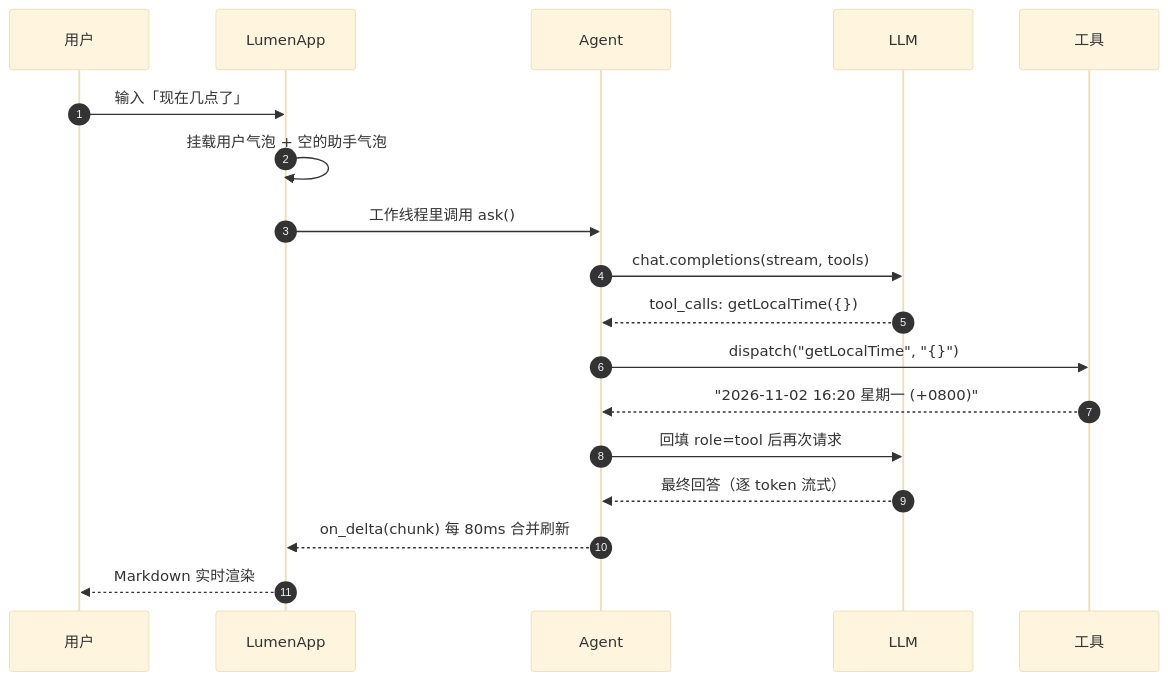
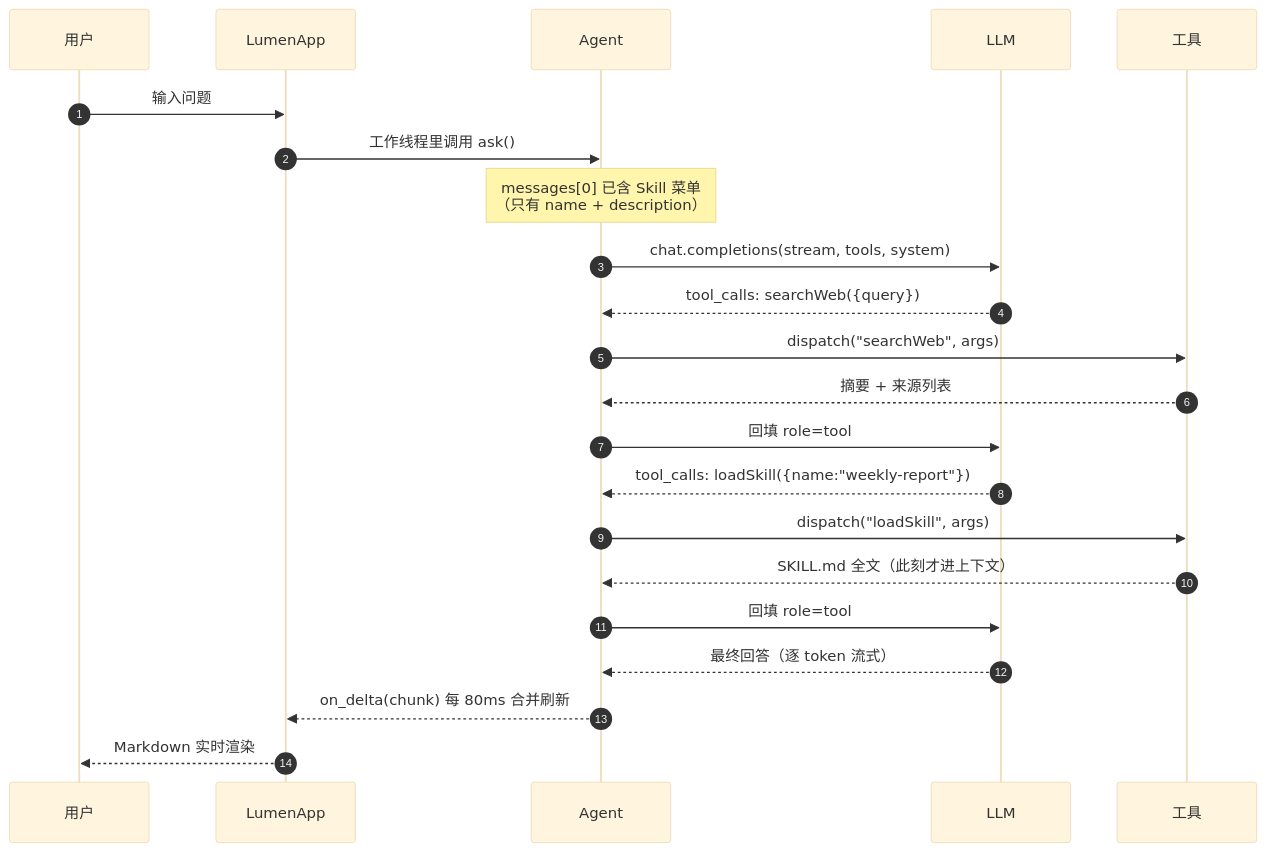
Before and after one commit to eric622-zhao/LLM-Course: the second of 2 diagrams in Agent/lumen/README.md, drawn with Mermaid (base theme). The commit also changed other lines of this file and 16 other files, not shown here.

````diff
--- a/Agent/lumen/README.md
+++ b/Agent/lumen/README.md
@@ -116,21 +305,25 @@
 ```mermaid
 sequenceDiagram
     autonumber
     participant U as 用户
     participant T as LumenApp
     participant A as Agent
     participant L as LLM
     participant X as 工具
 
-    U->>T: 输入「现在几点了」
-    T->>T: 挂载用户气泡 + 空的助手气泡
+    U->>T: 输入问题
     T->>A: 工作线程里调用 ask()
-    A->>L: chat.completions(stream, tools)
-    L-->>A: tool_calls: getLocalTime({})
-    A->>X: dispatch("getLocalTime", "{}")
-    X-->>A: "2026-11-02 16:20 星期一 (+0800)"
-    A->>L: 回填 role=tool 后再次请求
+    Note over A: messages[0] 已含 Skill 菜单<br/>（只有 name + description）
+    A->>L: chat.completions(stream, tools, system)
+    L-->>A: tool_calls: searchWeb({query})
+    A->>X: dispatch("searchWeb", args)
+    X-->>A: 摘要 + 来源列表
+    A->>L: 回填 role=tool
+    L-->>A: tool_calls: loadSkill({name:"weekly-report"})
+    A->>X: dispatch("loadSkill", args)
+    X-->>A: SKILL.md 全文（此刻才进上下文）
+    A->>L: 回填 role=tool
     L-->>A: 最终回答（逐 token 流式）
     A-->>T: on_delta(chunk) 每 80ms 合并刷新
     T-->>U: Markdown 实时渲染
 ```
````
